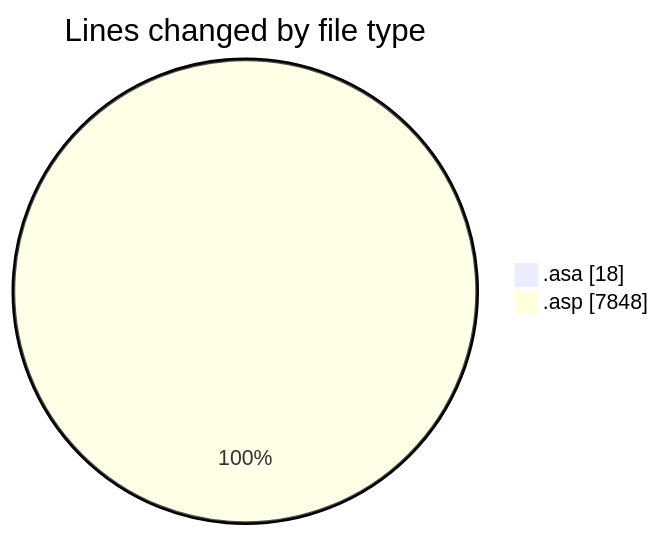
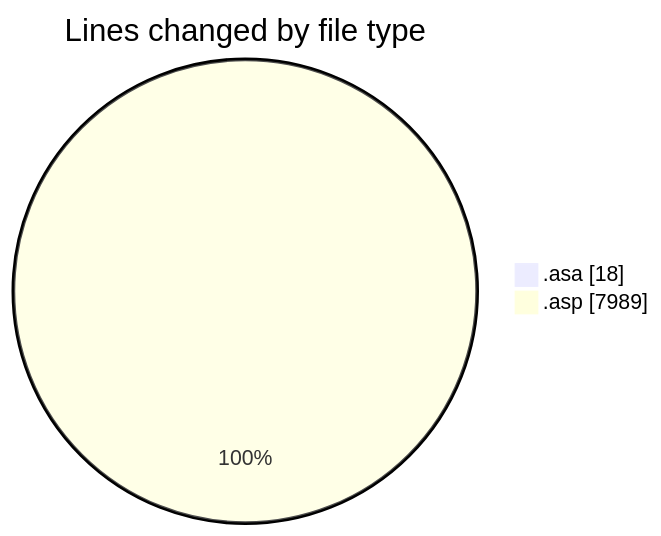
One commit to julien-gomy/code-tracking changed the first of 2 diagrams in 2025-11-06/usr_aleoudev_fr__workspace_/README.md. Above: the diagram before and after it, drawn with Mermaid. The commit also changed other lines of this file and 1 other file, not shown here.

````diff
--- a/2025-11-06/usr_aleoudev_fr__workspace_/README.md
+++ b/2025-11-06/usr_aleoudev_fr__workspace_/README.md
@@ -24,6 +24,6 @@
 ```mermaid
 pie showData
 title Lines changed by file type
 ".asa" : 18
-".asp" : 7848
+".asp" : 7989
 ```
````
